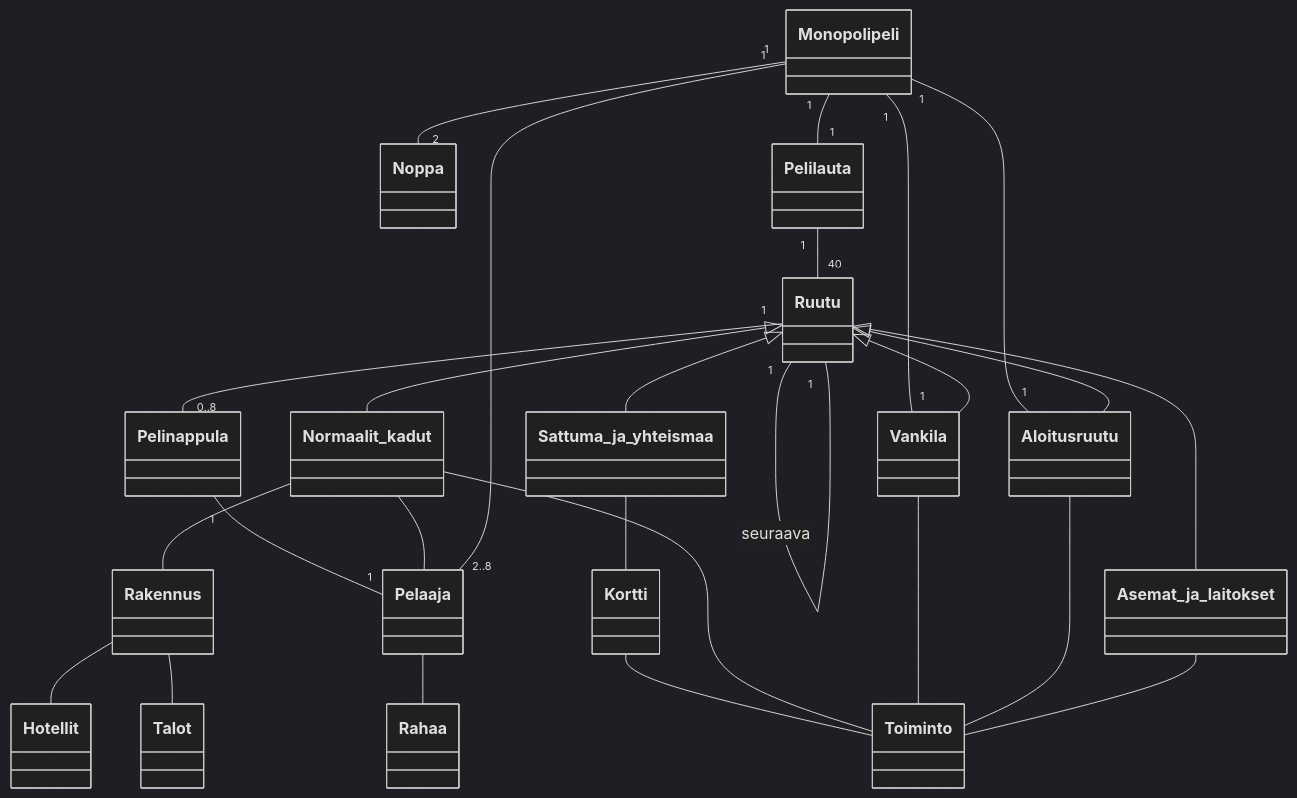
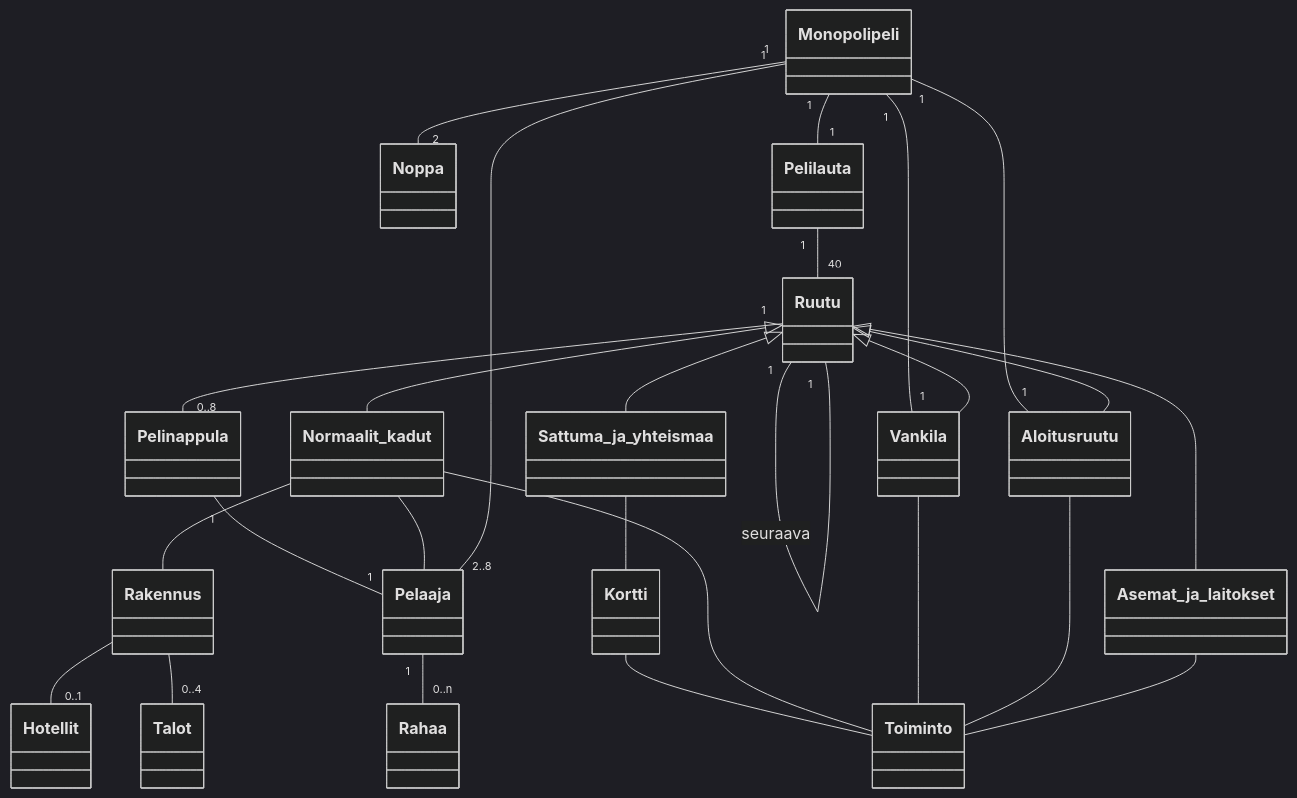
The diagram in laskarit/viikko3/monopoli.md (Rasper-ux/ot-harjoitustyo), drawn with Mermaid (dark theme) before and after one commit.

Commit message:
Updated viikko3

````diff
--- a/laskarit/viikko3/monopoli.md
+++ b/laskarit/viikko3/monopoli.md
@@ -1,28 +1,28 @@
 ```mermaid
  classDiagram
     Monopolipeli "1" -- "2" Noppa
     Monopolipeli "1" -- "1" Pelilauta
     Monopolipeli "1" -- "1" Aloitusruutu
     Monopolipeli "1" -- "1" Vankila
     Pelilauta "1" -- "40" Ruutu
     Ruutu "1" -- "1" Ruutu : seuraava
     Ruutu "1" -- "0..8" Pelinappula
     Pelinappula "1" -- "1" Pelaaja
     Pelaaja "2..8" -- "1" Monopolipeli
     Ruutu <|-- Aloitusruutu
     Ruutu <|-- Vankila
     Ruutu <|-- Sattuma_ja_yhteismaa
     Ruutu <|-- Asemat_ja_laitokset
     Ruutu <|-- Normaalit_kadut
     Sattuma_ja_yhteismaa -- Kortti
     Kortti -- Toiminto
     Normaalit_kadut -- Toiminto	
     Normaalit_kadut -- Pelaaja
     Normaalit_kadut -- Rakennus
-    Rakennus -- Talot
-    Rakennus -- Hotellit
+    Rakennus -- "0..4" Talot
+    Rakennus -- "0..1" Hotellit
     Vankila -- Toiminto
     Aloitusruutu -- Toiminto
     Asemat_ja_laitokset -- Toiminto
-    Pelaaja -- Rahaa
+    Pelaaja "1" -- "0..n" Rahaa
 ```
````
